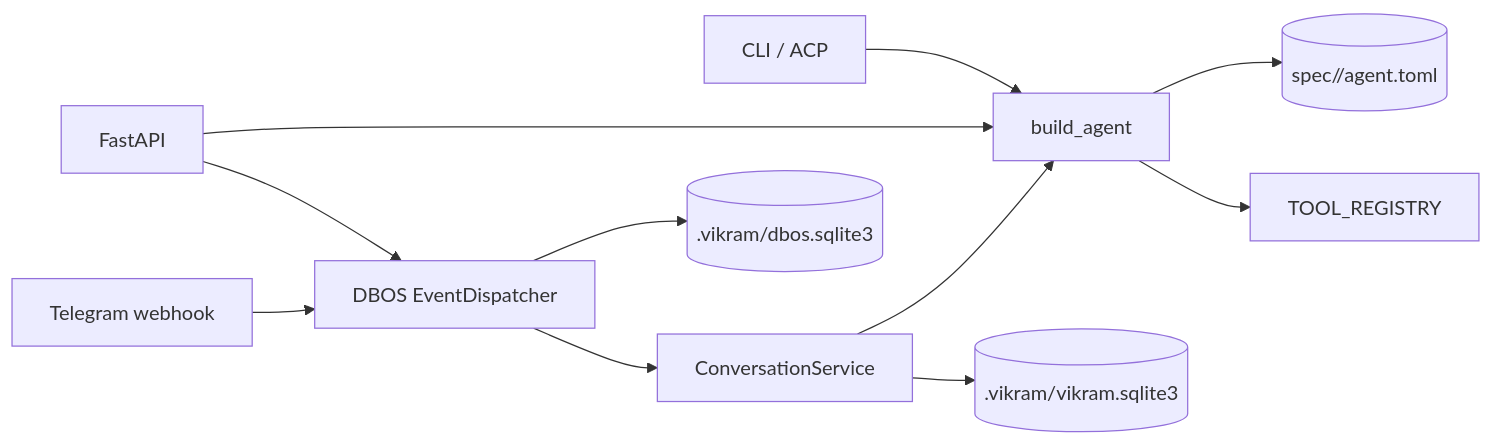
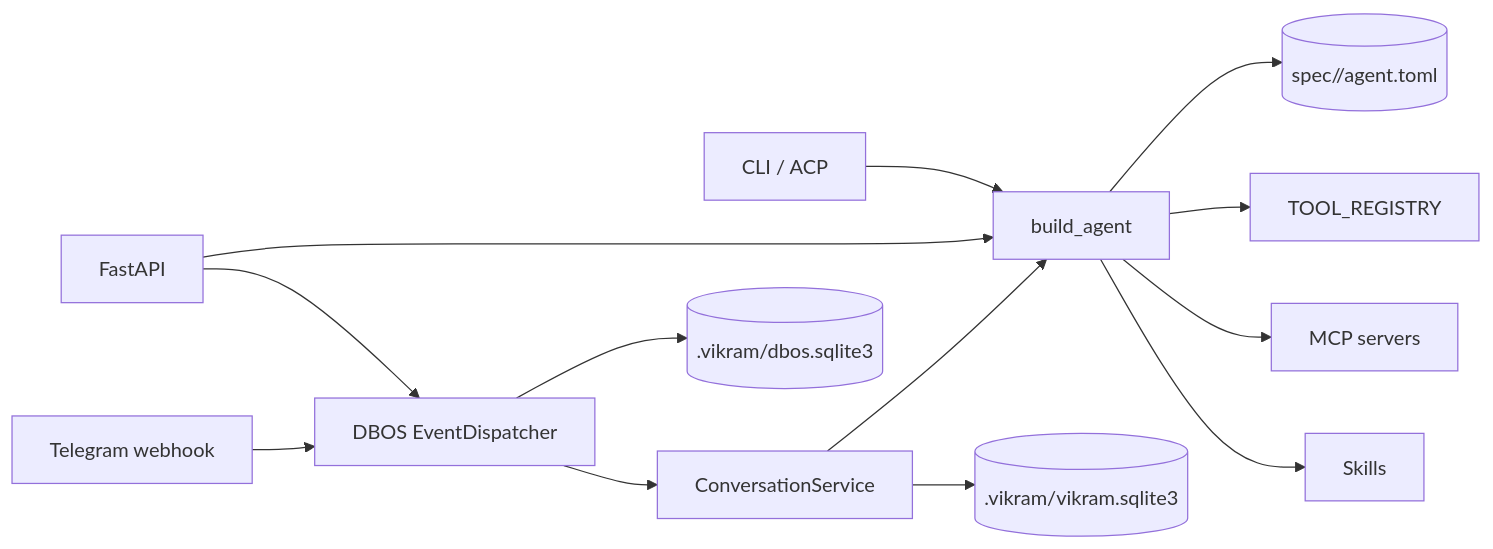
Before and after one commit to raniendu/vikram: the diagram in docs/current_architecture.md, drawn with Mermaid. The commit also changed other lines of this file and 22 other files, not shown here.

First line of the commit message:
feat: add MCP server and skills support to agents

````diff
--- a/docs/current_architecture.md
+++ b/docs/current_architecture.md
@@ -5,13 +5,15 @@
 ```mermaid
 flowchart LR
     cli[CLI / ACP] --> factory[build_agent]
     http[FastAPI] --> factory
     http --> dispatch[DBOS EventDispatcher]
     telegram[Telegram webhook] --> dispatch
     dispatch --> service[ConversationService]
     service --> factory
     factory --> spec[(spec/<agent>/agent.toml)]
     factory --> tools[TOOL_REGISTRY]
+    factory --> mcp[MCP servers]
+    factory --> skills[Skills]
     service --> store[(.vikram/vikram.sqlite3)]
     dispatch --> dbos[(.vikram/dbos.sqlite3)]
 ```
````
